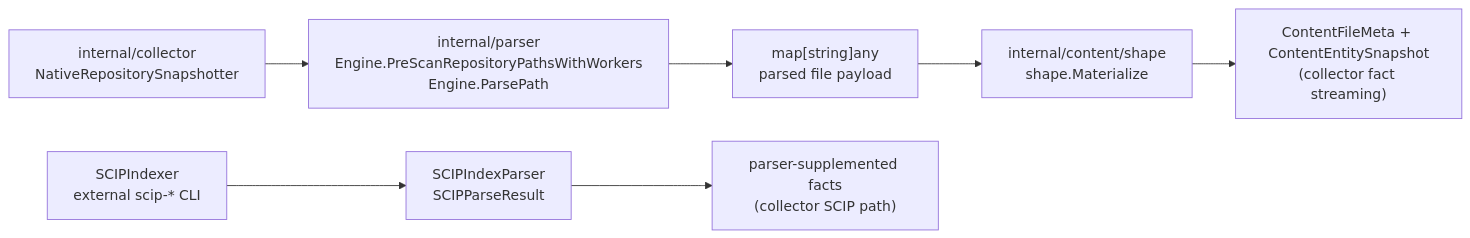
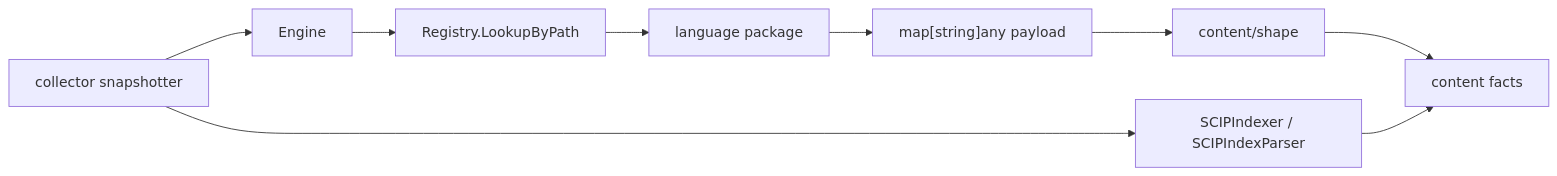
Before and after one commit to eshu-hq/eshu: the diagram in go/internal/parser/README.md, drawn with Mermaid. The commit also changed other lines of this file and 584 other files, not shown here.

Commit message:
Rework documentation information architecture

````diff
--- a/go/internal/parser/README.md
+++ b/go/internal/parser/README.md
@@ -16,9 +13,11 @@
 ```mermaid
 flowchart LR
-  A["internal/collector\nNativeRepositorySnapshotter"] --> B["internal/parser\nEngine.PreScanRepositoryPathsWithWorkers\nEngine.ParsePath"]
-  B --> C["map[string]any\nparsed file payload"]
-  C --> D["internal/content/shape\nshape.Materialize"]
-  D --> E["ContentFileMeta + ContentEntitySnapshot\n(collector fact streaming)"]
-  B2["SCIPIndexer\nexternal scip-* CLI"] --> F["SCIPIndexParser\nSCIPParseResult"]
-  F --> G["parser-supplemented facts\n(collector SCIP path)"]
+  Collector["collector snapshotter"] --> Engine["Engine"]
+  Engine --> Registry["Registry.LookupByPath"]
+  Registry --> Adapter["language package"]
+  Adapter --> Payload["map[string]any payload"]
+  Payload --> Shape["content/shape"]
+  Shape --> Facts["content facts"]
+  Collector --> SCIP["SCIPIndexer / SCIPIndexParser"]
+  SCIP --> Facts
 ```
````
